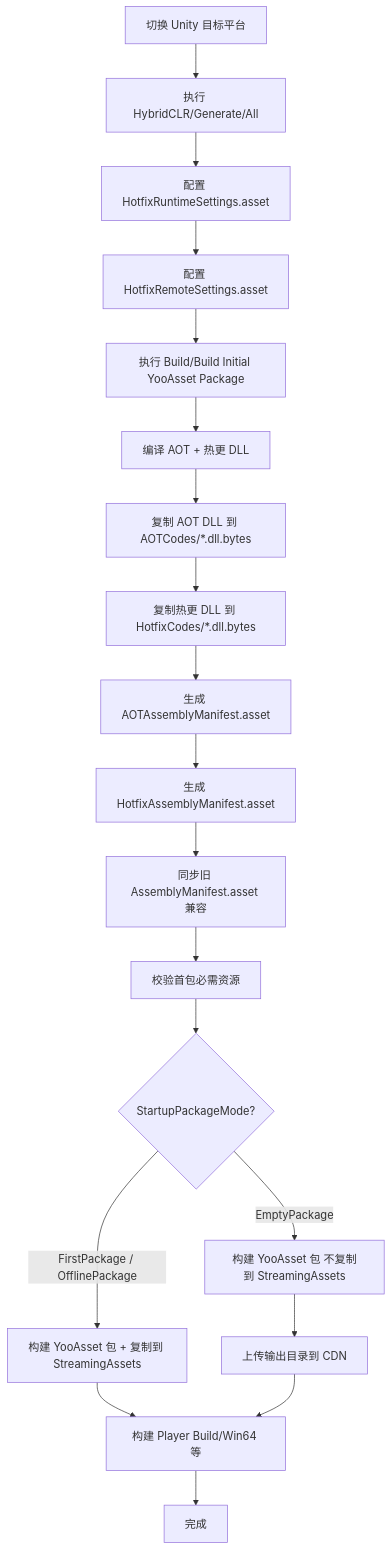
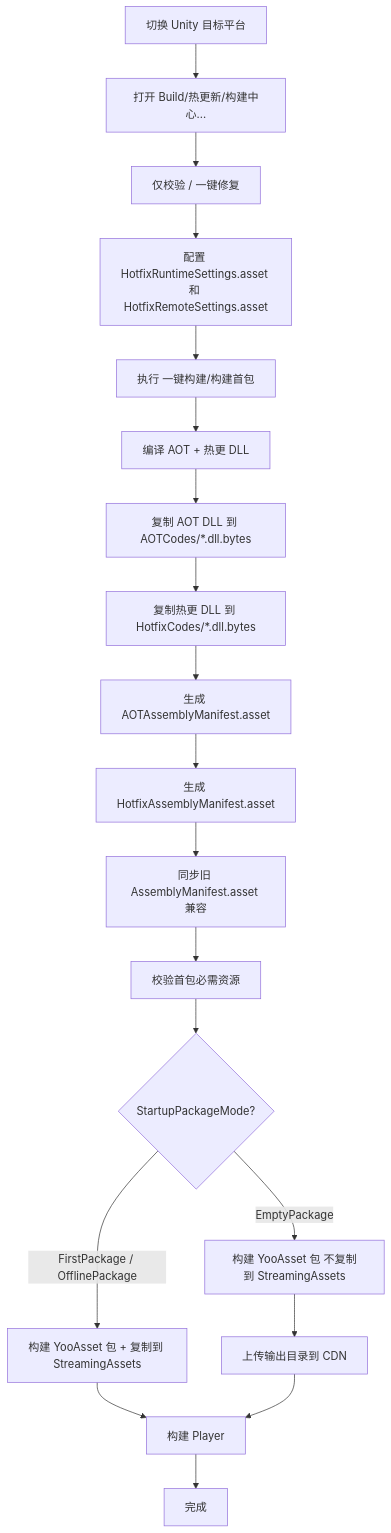
One commit to RyuRae/qframework-hotfix changed the first of 5 diagrams in README.md. Above: the diagram before and after it, drawn with Mermaid. The commit also changed other lines of this file and 24 other files, not shown here.

````diff
--- a/README.md
+++ b/README.md
@@ -135,21 +144,21 @@
 ```mermaid
 flowchart TD
-    A[切换 Unity 目标平台] --> B[执行 HybridCLR/Generate/All]
-    B --> C[配置 HotfixRuntimeSettings.asset]
-    C --> D[配置 HotfixRemoteSettings.asset]
-    D --> E[执行 Build/Build Initial YooAsset Package]
+    A[切换 Unity 目标平台] --> B[打开 Build/热更新/构建中心...]
+    B --> C[仅校验 / 一键修复]
+    C --> D[配置 HotfixRuntimeSettings.asset 和 HotfixRemoteSettings.asset]
+    D --> E[执行 一键构建/构建首包]
     E --> F[编译 AOT + 热更 DLL]
     F --> G[复制 AOT DLL 到 AOTCodes/*.dll.bytes]
     G --> H[复制热更 DLL 到 HotfixCodes/*.dll.bytes]
     H --> I[生成 AOTAssemblyManifest.asset]
     I --> J[生成 HotfixAssemblyManifest.asset]
     J --> K[同步旧 AssemblyManifest.asset 兼容]
     K --> L[校验首包必需资源]
     L --> M{StartupPackageMode?}
     M -->|FirstPackage / OfflinePackage| N[构建 YooAsset 包 + 复制到 StreamingAssets]
     M -->|EmptyPackage| O[构建 YooAsset 包 不复制到 StreamingAssets]
-    N --> P[构建 Player Build/Win64 等]
+    N --> P[构建 Player]
     O --> Q[上传输出目录到 CDN]
     Q --> P
     P --> R[完成]
 ```
````
